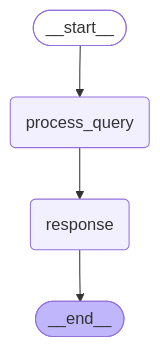
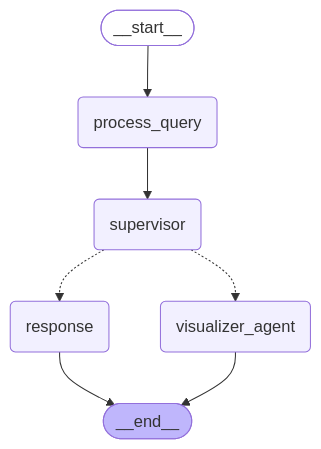
The diagram in chat-server/app/workflow/graph/single_dataset_graph/graph.mmd (factly/gopie), drawn with Mermaid before and after one commit. The commit also changed 6 other files, not shown here.

```diff
--- a/chat-server/app/workflow/graph/single_dataset_graph/graph.mmd
+++ b/chat-server/app/workflow/graph/single_dataset_graph/graph.mmd
@@ -1,16 +1,21 @@
 ---
 config:
   flowchart:
     curve: basis
 ---
 graph TD;
 	__start__([<p>__start__</p>]):::first
 	process_query(process_query)
+	supervisor(supervisor)
 	response(response)
+	visualizer_agent(visualizer_agent)
 	__end__([<p>__end__</p>]):::last
 	__start__ --> process_query;
-	process_query --> response;
+	process_query --> supervisor;
+	supervisor -.-> response;
+	supervisor -.-> visualizer_agent;
 	response --> __end__;
+	visualizer_agent --> __end__;
 	classDef default fill:#f2f0ff,line-height:1.2
 	classDef first fill-opacity:0
 	classDef last fill:#bfb6fc
```
